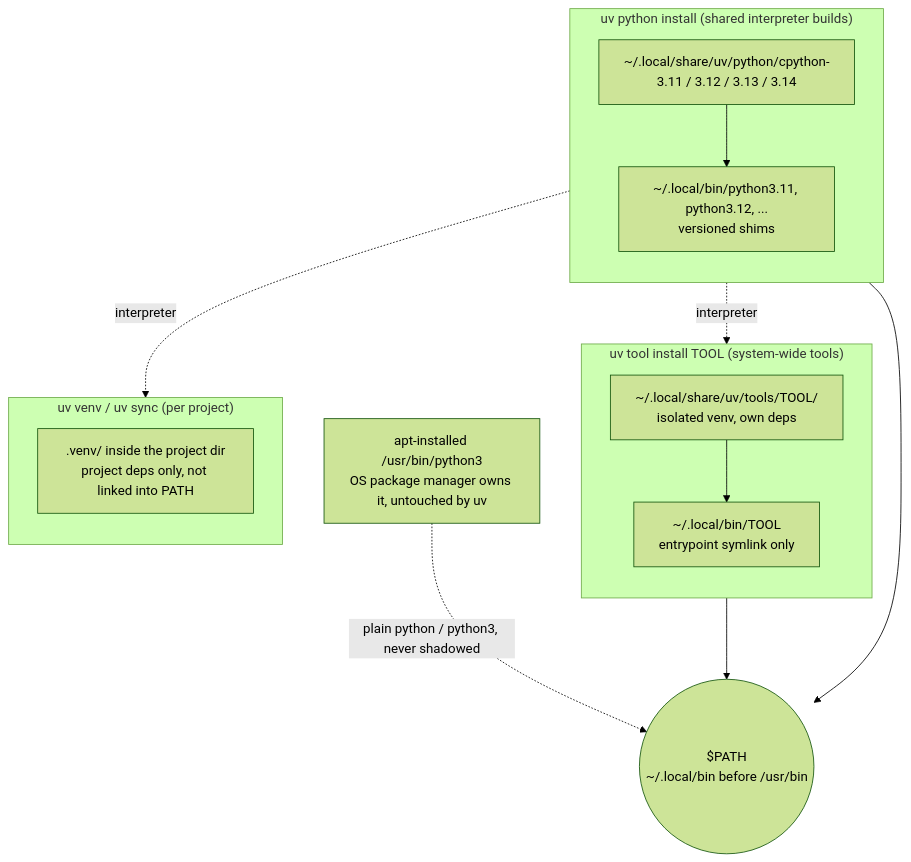
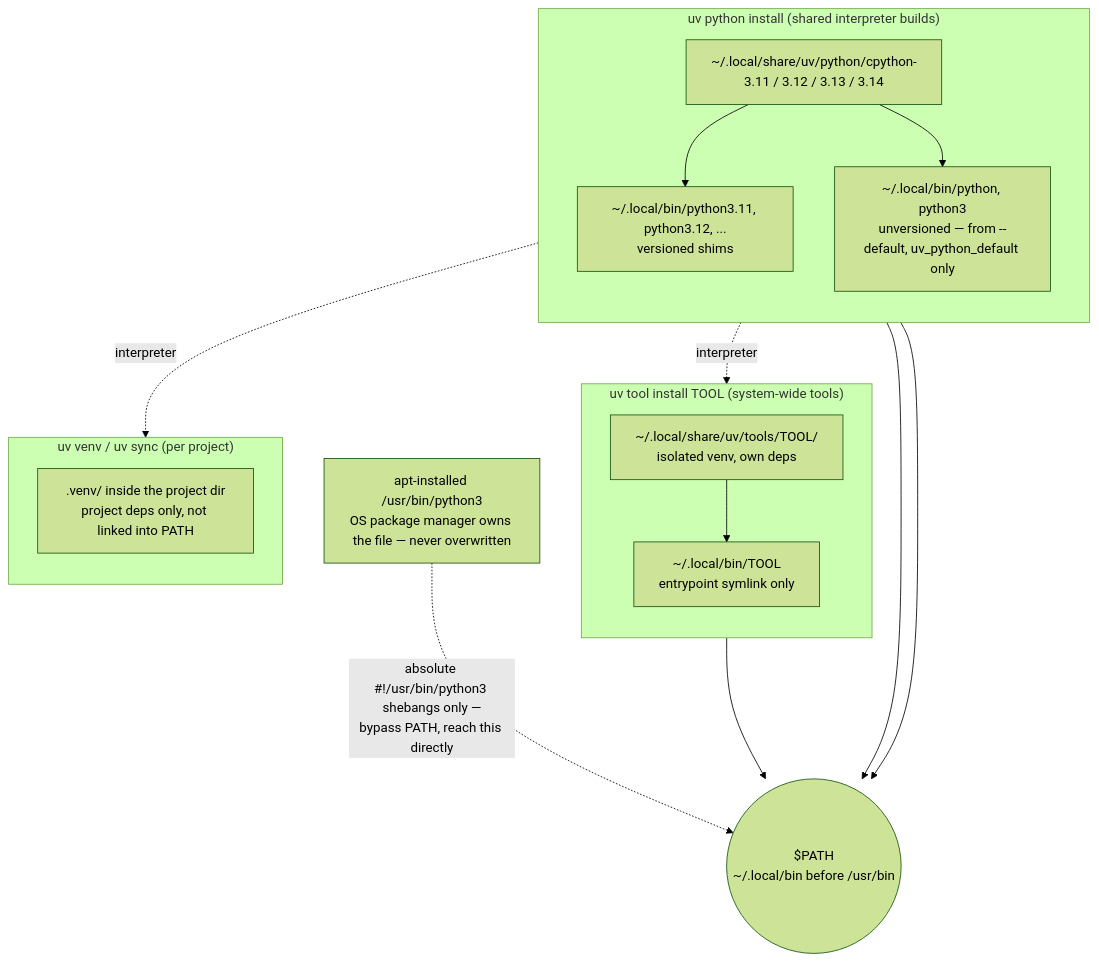
One commit to TheodoreAD/power-user-linux-setup changed the diagram in docs/python.md. Above: the diagram before and after it, drawn with Mermaid (forest theme). The commit also changed other lines of this file and 3 other files, not shown here.

First line of the commit message:
Add python keyring uv-tool, uv --default python/python3 shims, bump default to 3.14

````diff
--- a/docs/python.md
+++ b/docs/python.md
@@ -102,30 +135,33 @@
 ```mermaid
 graph TD
-    apt["apt-installed /usr/bin/python3<br/>OS package manager owns it, untouched by uv"]
+    apt["apt-installed /usr/bin/python3<br/>OS package manager owns the file — never overwritten"]
 
     subgraph interpreters["uv python install (shared interpreter builds)"]
         direction TB
         cpython["~/.local/share/uv/python/cpython-3.11 / 3.12 / 3.13 / 3.14"]
         shims["~/.local/bin/python3.11, python3.12, ...<br/>versioned shims"]
+        unversioned["~/.local/bin/python, python3<br/>unversioned — from --default, uv_python_default only"]
         cpython --> shims
+        cpython --> unversioned
     end
 
     subgraph tools["uv tool install TOOL (system-wide tools)"]
         direction TB
         toolvenv["~/.local/share/uv/tools/TOOL/<br/>isolated venv, own deps"]
         toolbin["~/.local/bin/TOOL<br/>entrypoint symlink only"]
         toolvenv --> toolbin
     end
 
     subgraph project["uv venv / uv sync (per project)"]
         direction TB
         venv[".venv/ inside the project dir<br/>project deps only, not linked into PATH"]
     end
 
     cpython -. interpreter .-> toolvenv
     cpython -. interpreter .-> venv
 
     shims --> path(("$PATH<br/>~/.local/bin before /usr/bin"))
+    unversioned --> path
     toolbin --> path
-    apt -. plain python / python3, never shadowed .-> path
+    apt -. "absolute #!/usr/bin/python3 shebangs only —<br/>bypass PATH, reach this directly" .-> path
 ```
````
